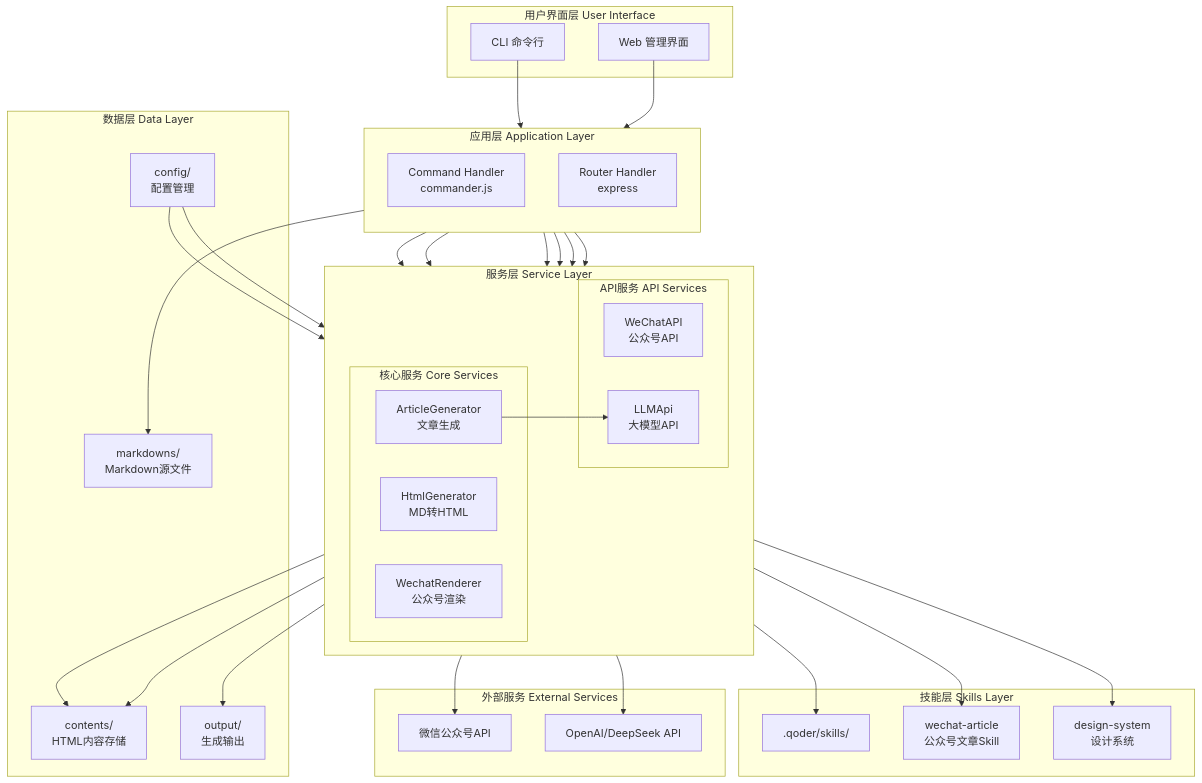
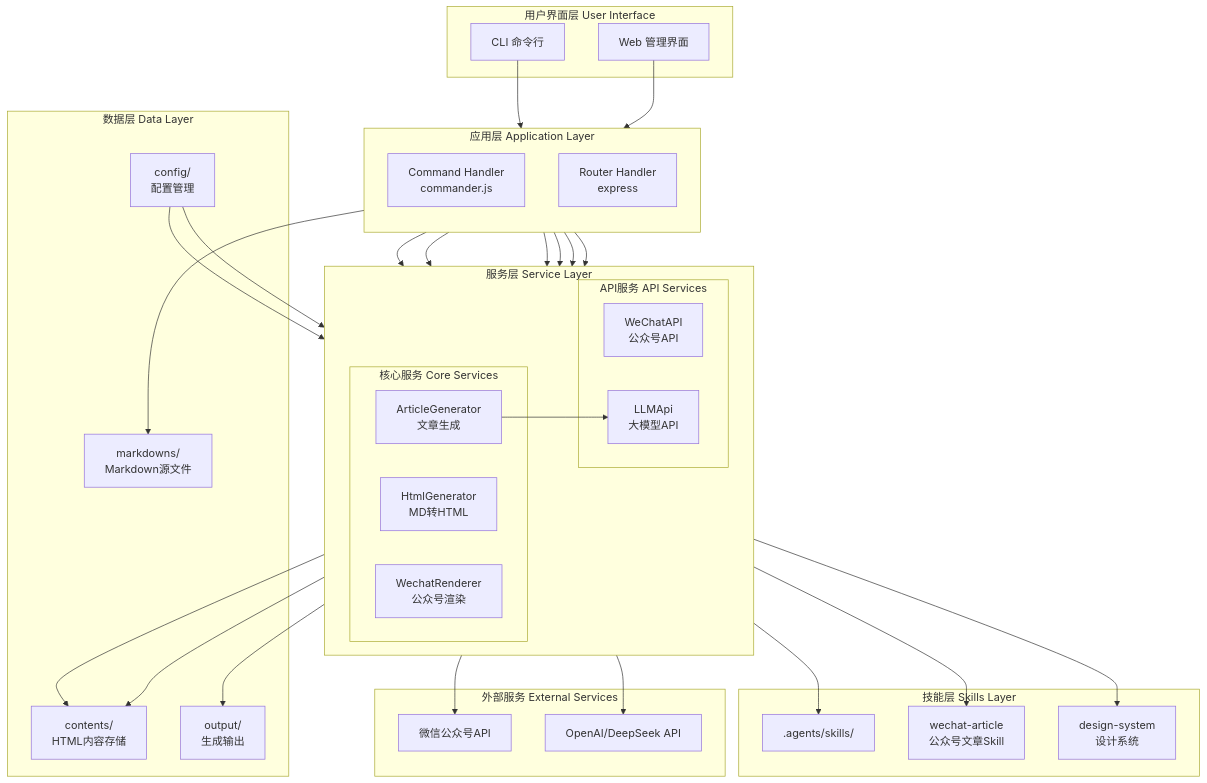
One commit to honwhy/DeepTalk changed the first of 6 diagrams in ARCHITECTURE.md. Above: the diagram before and after it, drawn with Mermaid. The commit also changed other lines of this file and 4 other files, not shown here.

````diff
--- a/ARCHITECTURE.md
+++ b/ARCHITECTURE.md
@@ -5,70 +5,70 @@
 ```mermaid
 graph TB
     subgraph "用户界面层 User Interface"
         CLI[CLI 命令行]
         WEB[Web 管理界面]
     end
 
     subgraph "应用层 Application Layer"
         direction TB
         CMD[Command Handler<br/>commander.js]
         ROUTER[Router Handler<br/>express]
     end
 
     subgraph "服务层 Service Layer"
         direction LR
         subgraph "核心服务 Core Services"
             GEN[ArticleGenerator<br/>文章生成]
             MD2HTML[HtmlGenerator<br/>MD转HTML]
             WC_RENDER[WechatRenderer<br/>公众号渲染]
         end
         subgraph "API服务 API Services"
             WC_API[WeChatAPI<br/>公众号API]
             LLM_API[LLMApi<br/>大模型API]
         end
     end
 
     subgraph "技能层 Skills Layer"
-        SKILLS[.qoder/skills/]
+        SKILLS[.agents/skills/]
         SK_WC[wechat-article<br/>公众号文章Skill]
         SK_DESIGN[design-system<br/>设计系统]
     end
 
     subgraph "数据层 Data Layer"
         CONTENTS[contents/<br/>HTML内容存储]
         MARKDOWNS[markdowns/<br/>Markdown源文件]
         OUTPUT[output/<br/>生成输出]
         CONFIG[config/<br/>配置管理]
     end
 
     subgraph "外部服务 External Services"
         WECHAT[微信公众号API]
         OPENAI[OpenAI/DeepSeek API]
     end
 
     CLI --> CMD
     WEB --> ROUTER
 
     CMD --> GEN
     CMD --> MD2HTML
     CMD --> WC_RENDER
     CMD --> WC_API
 
     ROUTER --> MD2HTML
     ROUTER --> WC_RENDER
 
     GEN --> LLM_API
     MD2HTML --> SKILLS
     WC_RENDER --> SK_WC
     WC_RENDER --> SK_DESIGN
 
     WC_API --> WECHAT
     LLM_API --> OPENAI
 
     GEN --> OUTPUT
     MD2HTML --> CONTENTS
     WC_RENDER --> CONTENTS
     ROUTER --> MARKDOWNS
     CONFIG --> LLM_API
     CONFIG --> WC_API
 ```
````
